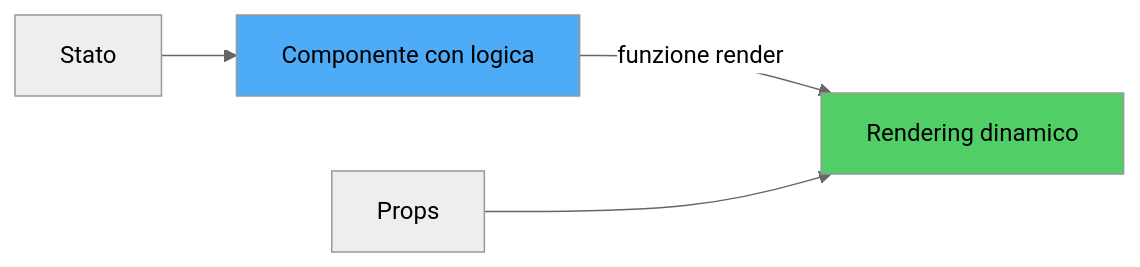
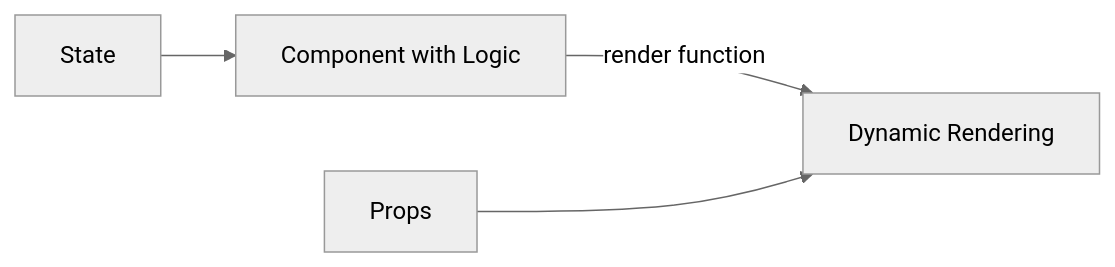
The ninth of 12 diagrams in arguments/chapters/it/03-component-patterns-best-practices.md (BabaScience/react-guides), drawn with Mermaid (neutral theme) before and after one commit. The commit also changed other lines of this file and 29 other files, not shown here.

First line of the commit message:
Bring React FR/IT translations to full English parity + theme-safe diagrams

````diff
--- a/arguments/chapters/it/03-component-patterns-best-practices.md
+++ b/arguments/chapters/it/03-component-patterns-best-practices.md
@@ -317,9 +1678,7 @@
 ```mermaid
 graph LR
-    A[Componente con logica] -->|funzione render| B[Rendering dinamico]
+    A[Component with Logic] -->|render function| B[Dynamic Rendering]
     C[Props] --> B
-    D[Stato] --> A
+    D[State] --> A
     
-    style A fill:#4dabf7
-    style B fill:#51cf66
 ```
````
